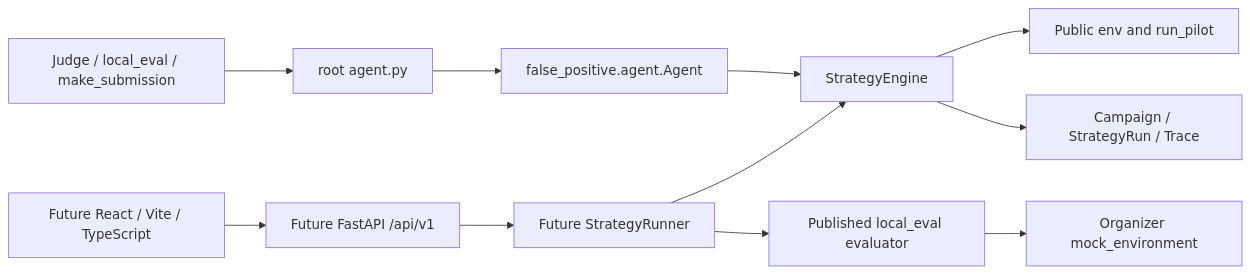
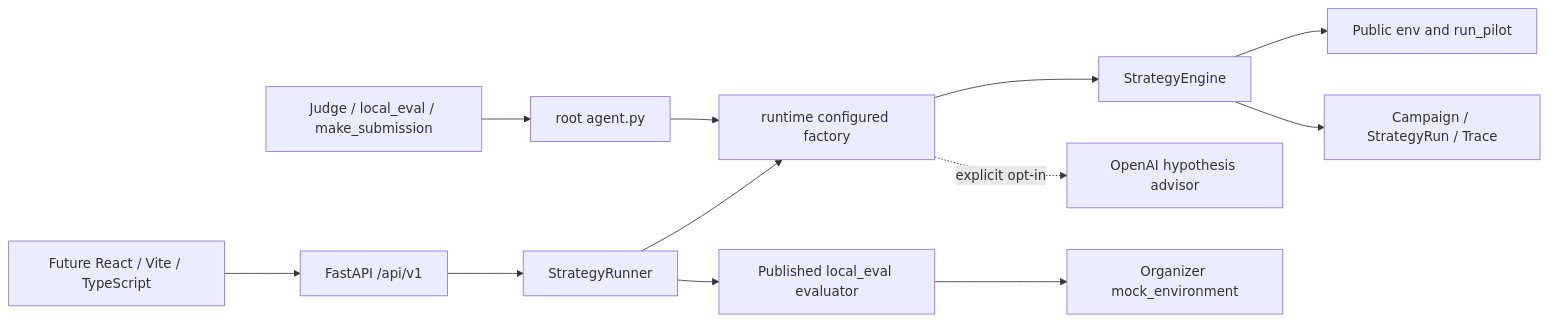
One commit to BAITC-Hacks/hack-9a732c09-sib changed the first of 2 diagrams in docs/ARCHITECTURE.md. Above: the diagram before and after it, drawn with Mermaid. The commit also changed other lines of this file and 38 other files, not shown here.

````diff
--- a/docs/ARCHITECTURE.md
+++ b/docs/ARCHITECTURE.md
@@ -20,13 +21,14 @@
 ```mermaid
 flowchart LR
   Judge[Judge / local_eval / make_submission] --> Adapter[root agent.py]
-  Adapter --> Agent[false_positive.agent.Agent]
-  Agent --> Engine[StrategyEngine]
+  Adapter --> Factory[runtime configured factory]
+  Factory --> Engine[StrategyEngine]
+  Factory -. explicit opt-in .-> LLM[OpenAI hypothesis advisor]
   Engine --> Env[Public env and run_pilot]
   Engine --> Models[Campaign / StrategyRun / Trace]
-  UI[Future React / Vite / TypeScript] --> API[Future FastAPI /api/v1]
-  API --> Runner[Future StrategyRunner]
-  Runner --> Engine
+  UI[Future React / Vite / TypeScript] --> API[FastAPI /api/v1]
+  API --> Runner[StrategyRunner]
+  Runner --> Factory
   Runner --> Eval[Published local_eval evaluator]
   Eval --> Mock[Organizer mock_environment]
 ```
````
